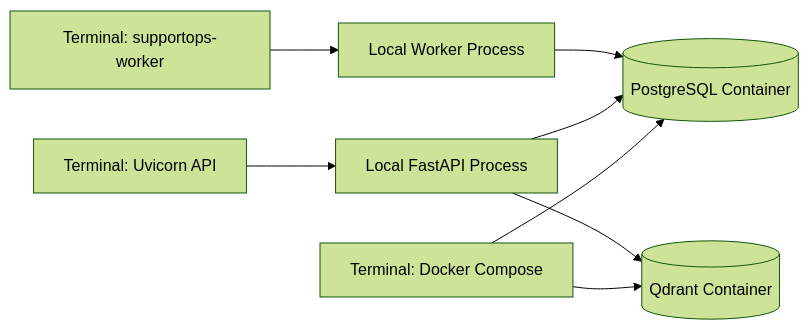
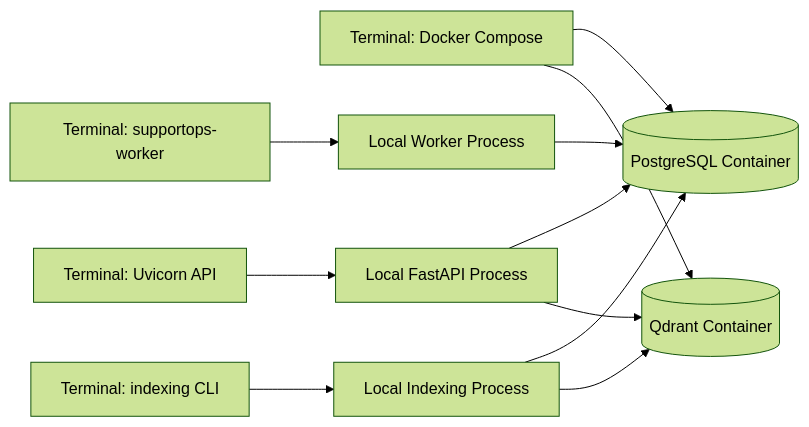
Before and after one commit to philgodoy96/supportops-ai-platform: the fifth of 8 diagrams in docs/architecture/runtime-topology.md, drawn with Mermaid (forest theme). The commit also changed other lines of this file and 11 other files, not shown here.

````diff
--- a/docs/architecture/runtime-topology.md
+++ b/docs/architecture/runtime-topology.md
@@ -487,18 +503,23 @@
 ```mermaid
 flowchart LR
     TerminalA[Terminal: Docker Compose]
     TerminalB[Terminal: Uvicorn API]
     TerminalC[Terminal: supportops-worker]
+    TerminalD[Terminal: indexing CLI]
     PostgreSQL[(PostgreSQL Container)]
     Qdrant[(Qdrant Container)]
     API[Local FastAPI Process]
     Worker[Local Worker Process]
+    Indexing[Local Indexing Process]
 
     TerminalA --> PostgreSQL
     TerminalA --> Qdrant
     TerminalB --> API
     TerminalC --> Worker
+    TerminalD --> Indexing
     API --> PostgreSQL
+    API --> Qdrant
     Worker --> PostgreSQL
-    API --> Qdrant
+    Indexing --> PostgreSQL
+    Indexing --> Qdrant
 ```
````
